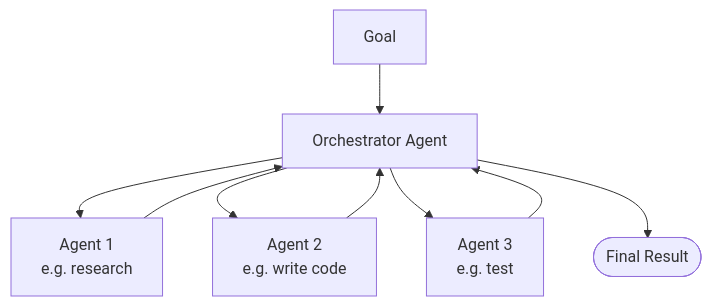
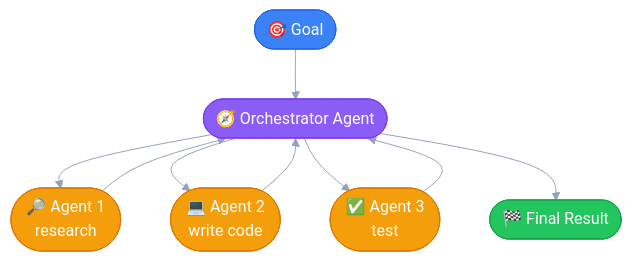
Before and after one commit to manthan-joshi-ai/claude-llm: the third of 4 diagrams in _01_claude_code_101/notes.md, drawn with Mermaid. The commit also changed other lines of this file, not shown here.

First line of the commit message:
Style Claude Code 101 mermaid diagrams; flesh out What is Claude Code section

````diff
--- a/_01_claude_code_101/notes.md
+++ b/_01_claude_code_101/notes.md
@@ -57,11 +75,23 @@
 ```mermaid
+%%{init: {"theme": "base", "themeVariables": {"primaryColor": "#8B5CF6", "primaryTextColor": "#ffffff", "primaryBorderColor": "#7C3AED", "lineColor": "#94A3B8", "fontFamily": "Segoe UI, sans-serif"}}}%%
 flowchart TB
-    U[Goal] --> O[Orchestrator Agent]
-    O --> A1[Agent 1\ne.g. research]
-    O --> A2[Agent 2\ne.g. write code]
-    O --> A3[Agent 3\ne.g. test]
+    U(["🎯 Goal"]) --> O(["🧭 Orchestrator Agent"])
+    O --> A1(["🔎 Agent 1<br/>research"])
+    O --> A2(["💻 Agent 2<br/>write code"])
+    O --> A3(["✅ Agent 3<br/>test"])
     A1 --> O
     A2 --> O
     A3 --> O
-    O --> Result([Final Result])
+    O --> Result(["🏁 Final Result"])
+
+    classDef goal fill:#3B82F6,stroke:#2563EB,color:#ffffff
+    classDef orch fill:#8B5CF6,stroke:#7C3AED,color:#ffffff
+    classDef agent fill:#F59E0B,stroke:#D97706,color:#ffffff
+    classDef result fill:#22C55E,stroke:#16A34A,color:#ffffff
+    class U goal
+    class O orch
+    class A1 agent
+    class A2 agent
+    class A3 agent
+    class Result result
 ```
````
